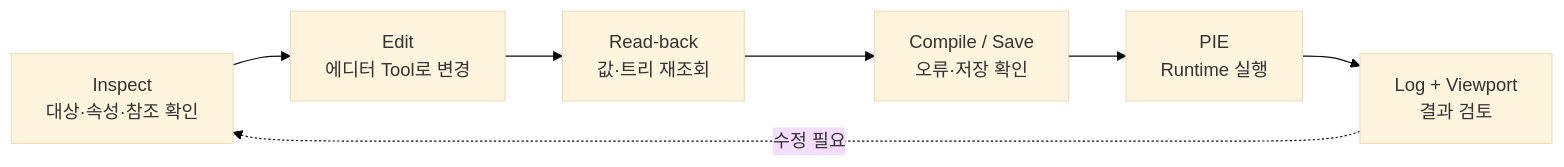
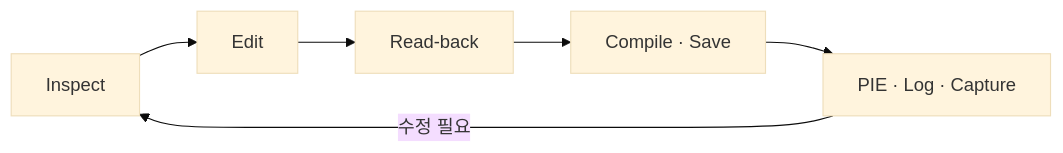
The diagram in Doc/Wiki/14_Unreal_Editor_Automation_Verification.md (chungheonLee0325/Sonheim), drawn with Mermaid (base theme) before and after one commit. The commit also changed other lines of this file, not shown here.

```diff
--- a/Doc/Wiki/14_Unreal_Editor_Automation_Verification.md
+++ b/Doc/Wiki/14_Unreal_Editor_Automation_Verification.md
@@ -71,9 +46,8 @@
 ~~~mermaid
 flowchart LR
-    TARGET["Inspect<br/>대상·속성·참조 확인"] --> WRITE["Edit<br/>에디터 Tool로 변경"]
-    WRITE --> READ["Read-back<br/>값·트리 재조회"]
-    READ --> BUILD["Compile / Save<br/>오류·저장 확인"]
-    BUILD --> PIE["PIE<br/>Runtime 실행"]
-    PIE --> EVIDENCE["Log + Viewport<br/>결과 검토"]
-    EVIDENCE -. "수정 필요" .-> TARGET
+    A["Inspect"] --> B["Edit"]
+    B --> C["Read-back"]
+    C --> D["Compile · Save"]
+    D --> E["PIE · Log · Capture"]
+    E -->|"수정 필요"| A
 ~~~
```
